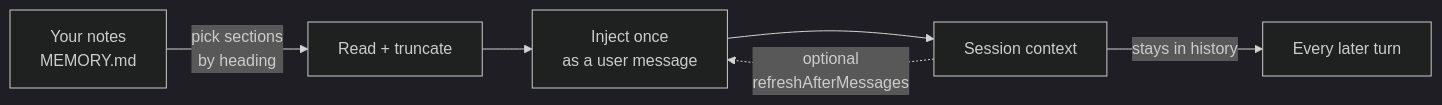
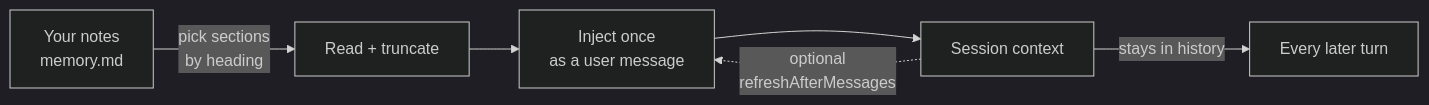
One commit to IcyDate/ofttold-memory changed the diagram in README.en.md. Above: the diagram before and after it, drawn with Mermaid (dark theme). The commit also changed other lines of this file and 25 other files, not shown here.

````diff
--- a/README.en.md
+++ b/README.en.md
@@ -33,8 +33,8 @@
 ```mermaid
 flowchart LR
-    A[Your notes<br/>MEMORY.md] -->|pick sections<br/>by heading| B[Read + truncate]
+    A[Your notes<br/>memory.md] -->|pick sections<br/>by heading| B[Read + truncate]
     B --> C[Inject once<br/>as a user message]
     C --> D[Session context]
     D -->|stays in history| E[Every later turn]
     D -.->|optional<br/>refreshAfterMessages| C
 ```
````
